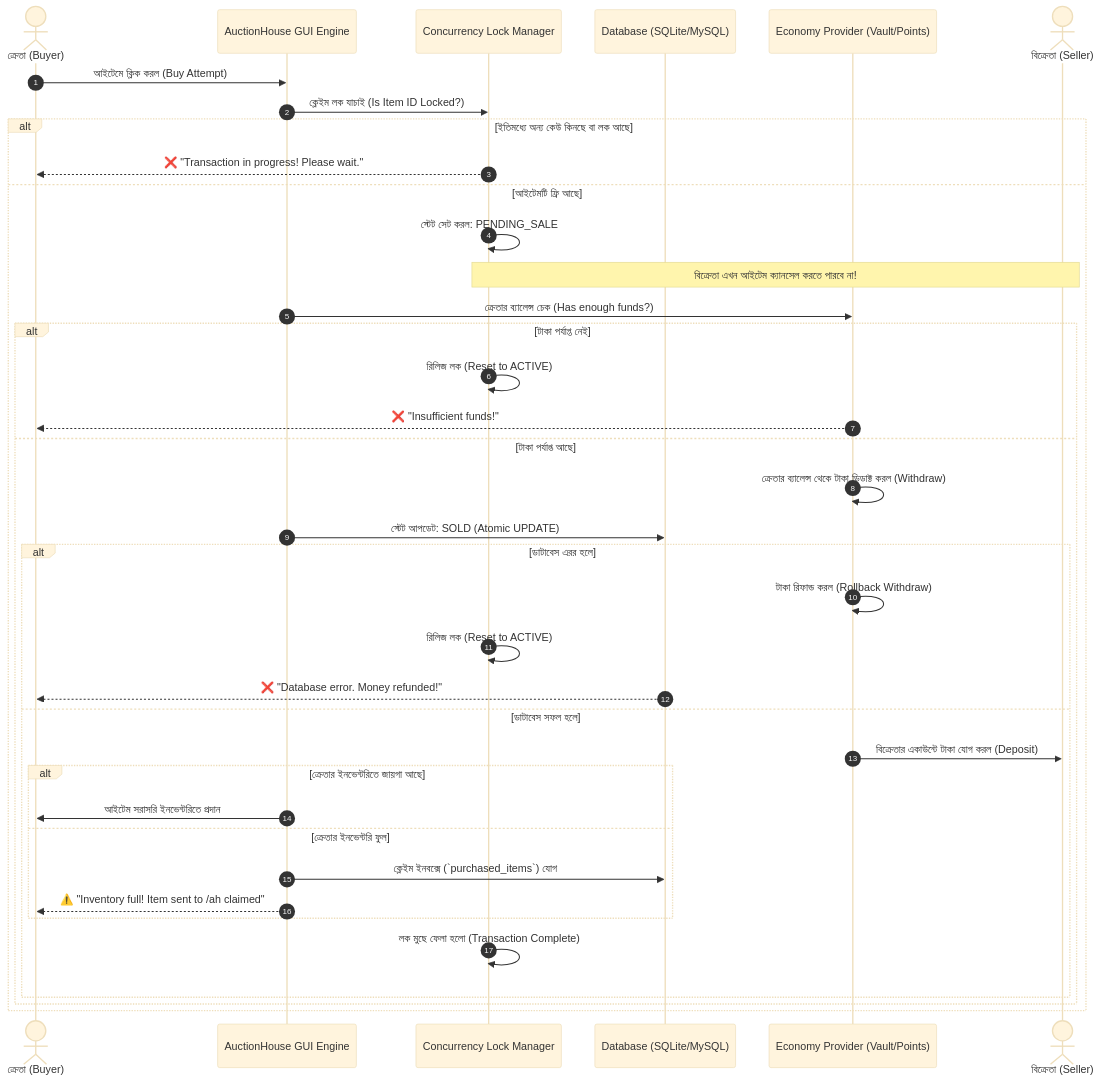
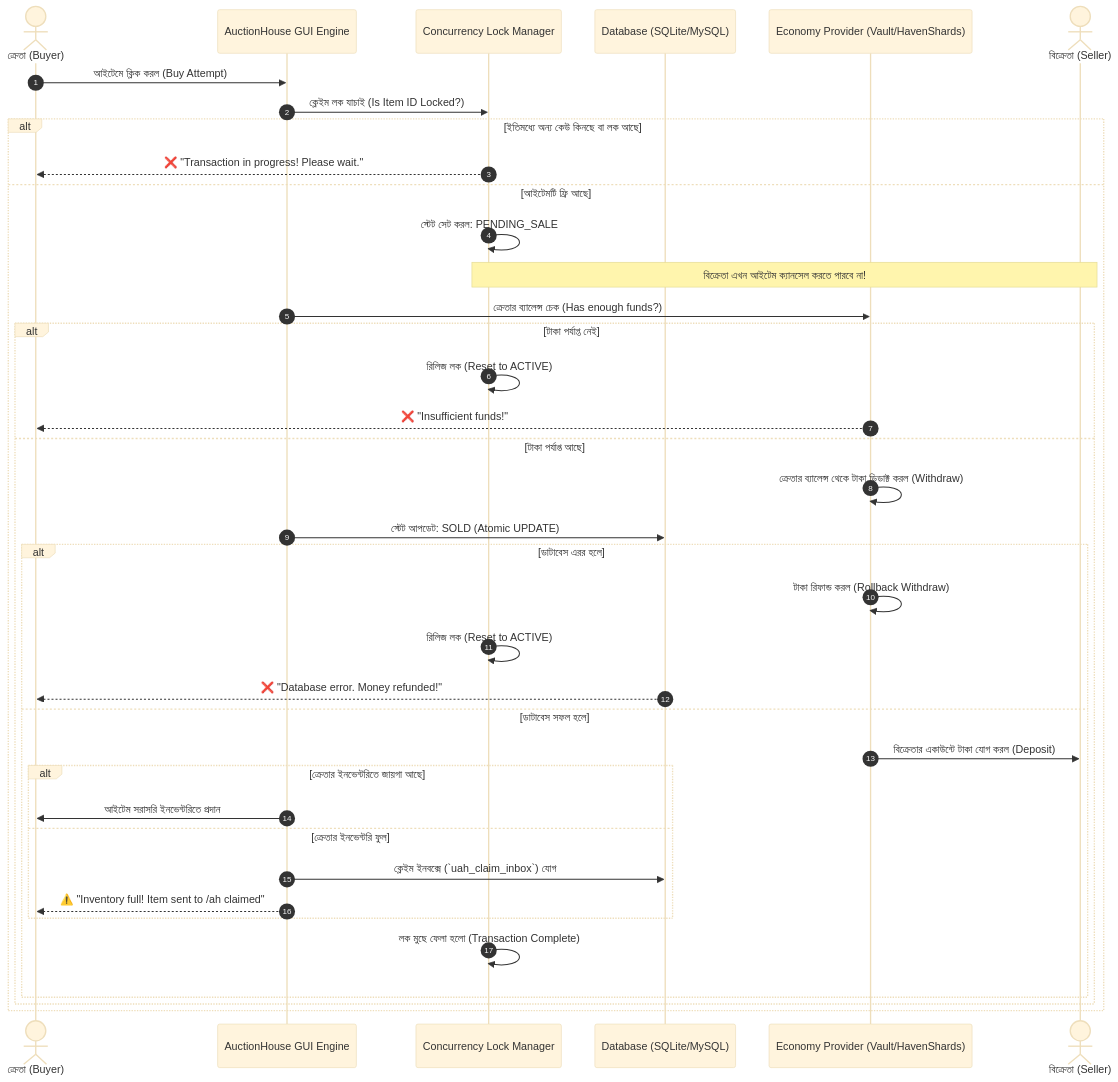
One commit to havencraftbd/AFK-Bot changed the diagram in IDEA.md. Above: the diagram before and after it, drawn with Mermaid (base theme). The commit also changed other lines of this file, not shown here.

````diff
--- a/IDEA.md
+++ b/IDEA.md
@@ -190,41 +66,41 @@
 ```mermaid
 sequenceDiagram
     autonumber
     actor Buyer as ক্রেতা (Buyer)
     participant AH as AuctionHouse GUI Engine
     participant Lock as Concurrency Lock Manager
     participant DB as Database (SQLite/MySQL)
-    participant Econ as Economy Provider (Vault/Points)
+    participant Econ as Economy Provider (Vault/HavenShards)
     actor Seller as বিক্রেতা (Seller)
 
     Buyer->>AH: আইটেমে ক্লিক করল (Buy Attempt)
     AH->>Lock: ক্লেইম লক যাচাই (Is Item ID Locked?)
     alt ইতিমধ্যে অন্য কেউ কিনছে বা লক আছে
         Lock-->>Buyer: ❌ "Transaction in progress! Please wait."
     else আইটেমটি ফ্রি আছে
         Lock->>Lock: স্টেট সেট করল: PENDING_SALE
         Note over Lock,Seller: বিক্রেতা এখন আইটেম ক্যানসেল করতে পারবে না!
         AH->>Econ: ক্রেতার ব্যালেন্স চেক (Has enough funds?)
         alt টাকা পর্যাপ্ত নেই
             Lock->>Lock: রিলিজ লক (Reset to ACTIVE)
             Econ-->>Buyer: ❌ "Insufficient funds!"
         else টাকা পর্যাপ্ত আছে
             Econ->>Econ: ক্রেতার ব্যালেন্স থেকে টাকা ডিডাক্ট করল (Withdraw)
             AH->>DB: স্টেট আপডেট: SOLD (Atomic UPDATE)
             alt ডাটাবেস এরর হলে
                 Econ->>Econ: টাকা রিফান্ড করল (Rollback Withdraw)
                 Lock->>Lock: রিলিজ লক (Reset to ACTIVE)
                 DB-->>Buyer: ❌ "Database error. Money refunded!"
             else ডাটাবেস সফল হলে
                 Econ->>Seller: বিক্রেতার একাউন্টে টাকা যোগ করল (Deposit)
                 alt ক্রেতার ইনভেন্টরিতে জায়গা আছে
                     AH->>Buyer: আইটেম সরাসরি ইনভেন্টরিতে প্রদান
                 else ক্রেতার ইনভেন্টরি ফুল
-                    AH->>DB: ক্লেইম ইনবক্সে (`purchased_items`) যোগ
+                    AH->>DB: ক্লেইম ইনবক্সে (`uah_claim_inbox`) যোগ
                     AH-->>Buyer: ⚠️ "Inventory full! Item sent to /ah claimed"
                 end
                 Lock->>Lock: লক মুছে ফেলা হলো (Transaction Complete)
             end
         end
     end
 ```
````
